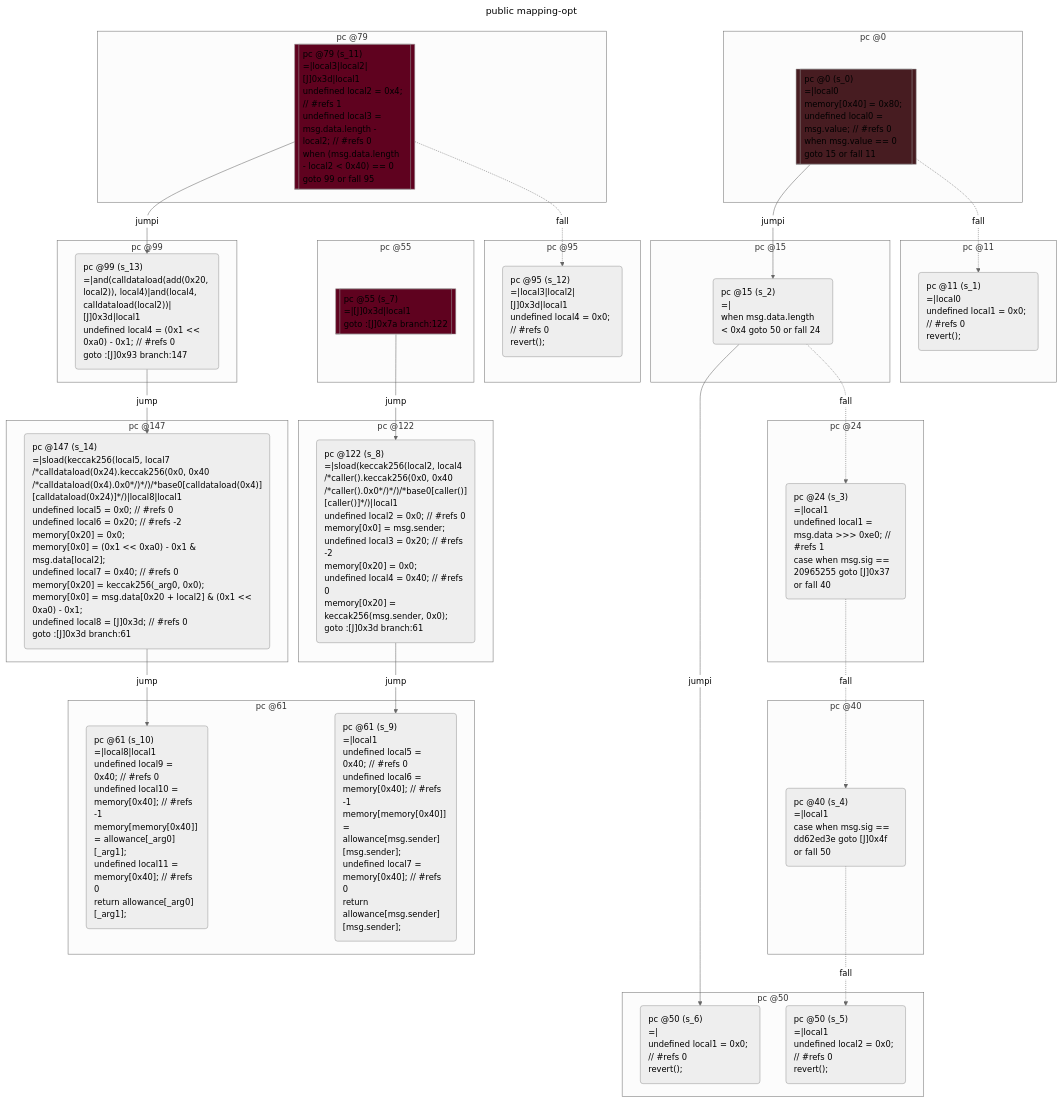
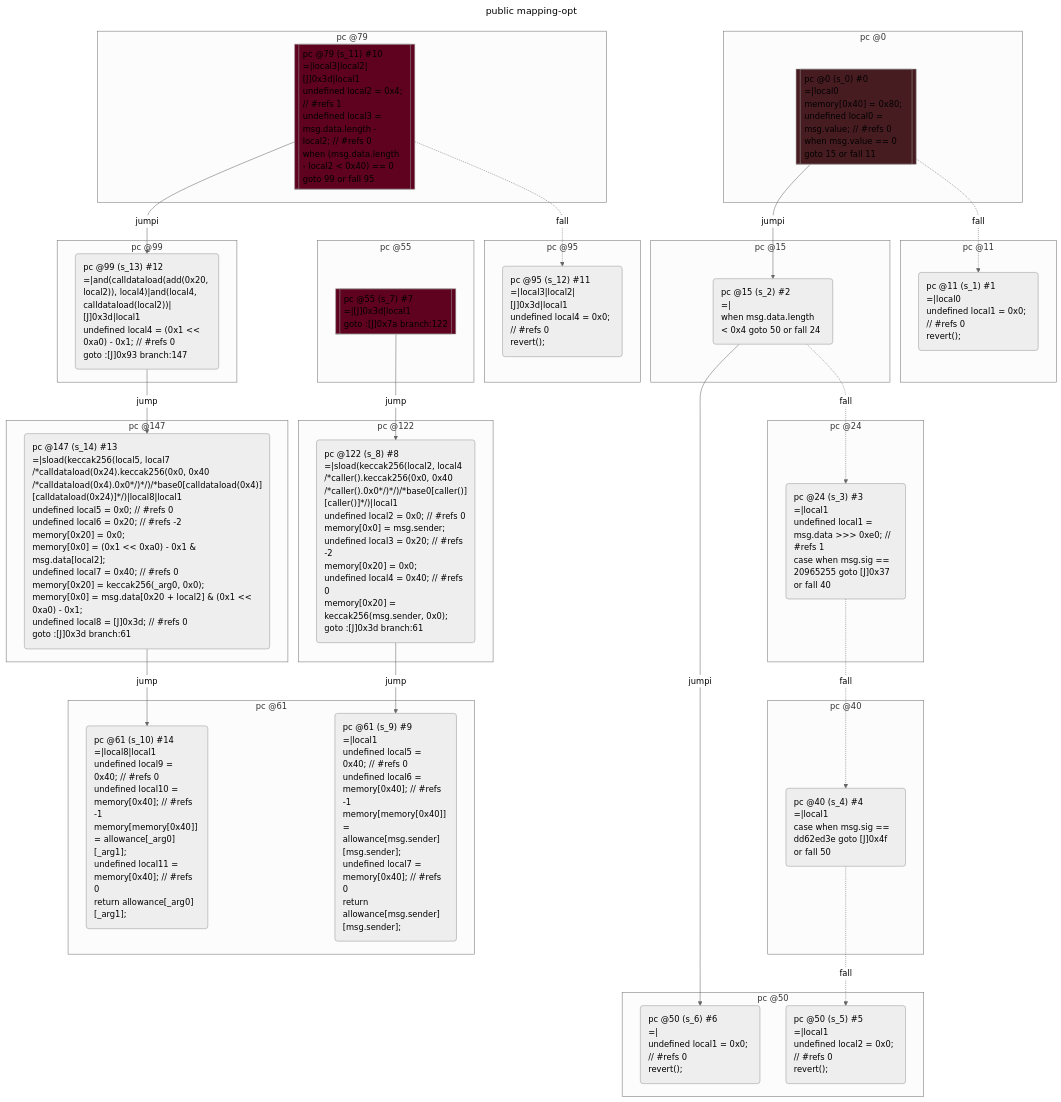
One commit to acuarica/evm changed the second of 2 diagrams in test/__snapshots__/contracts/mappings/public-mapping.snap.md. Above: the diagram before and after it, drawn with Mermaid (neutral theme). The commit also changed other lines of this file and 18 other files, not shown here.

```diff
--- a/test/__snapshots__/contracts/mappings/public-mapping.snap.md
+++ b/test/__snapshots__/contracts/mappings/public-mapping.snap.md
@@ -376,7 +376,7 @@
 flowchart TD
   classDef state text-align:left
   subgraph cluster_0 ["pc @0"]
-    s_0[["pc @0 (s_0)
+    s_0[["pc @0 (s_0) #0
 =|local0
 memory[0x40] = 0x80;
 undefined local0 = msg.value; // #refs 0
@@ -386,7 +386,7 @@
     style s_0 fill:#471C21
   end
   subgraph cluster_11 ["pc @11"]
-    s_1("pc @11 (s_1)
+    s_1("pc @11 (s_1) #1
 =|local0
 undefined local1 = 0x0; // #refs 0
 revert();
@@ -394,14 +394,14 @@
     class s_1 state
   end
   subgraph cluster_15 ["pc @15"]
-    s_2("pc @15 (s_2)
+    s_2("pc @15 (s_2) #2
 =|
 when msg.data.length < 0x4 goto 50 or fall 24
 ")
     class s_2 state
   end
   subgraph cluster_24 ["pc @24"]
-    s_3("pc @24 (s_3)
+    s_3("pc @24 (s_3) #3
 =|local1
 undefined local1 = msg.data >>> 0xe0; // #refs 1
 case when msg.sig == 20965255 goto [J]0x37 or fall 40
@@ -409,20 +409,20 @@
     class s_3 state
   end
   subgraph cluster_40 ["pc @40"]
-    s_4("pc @40 (s_4)
+    s_4("pc @40 (s_4) #4
 =|local1
 case when msg.sig == dd62ed3e goto [J]0x4f or fall 50
 ")
     class s_4 state
   end
   subgraph cluster_50 ["pc @50"]
-    s_5("pc @50 (s_5)
+    s_5("pc @50 (s_5) #5
 =|local1
 undefined local2 = 0x0; // #refs 0
 revert();
 ")
     class s_5 state
-    s_6("pc @50 (s_6)
+    s_6("pc @50 (s_6) #6
 =|
 undefined local1 = 0x0; // #refs 0
 revert();
@@ -430,7 +430,7 @@
     class s_6 state
   end
   subgraph cluster_55 ["pc @55"]
-    s_7[["pc @55 (s_7)
+    s_7[["pc @55 (s_7) #7
 =|[J]0x3d|local1
 goto :[J]0x7a branch:122
 "]]
@@ -438,7 +438,7 @@
     style s_7 fill:#5F021F
   end
   subgraph cluster_122 ["pc @122"]
-    s_8("pc @122 (s_8)
+    s_8("pc @122 (s_8) #8
 =|sload(keccak256(local2, local4 /*caller().keccak256(0x0, 0x40 /*caller().0x0*/)*/)/*base0[caller()][caller()]*/)|local1
 undefined local2 = 0x0; // #refs 0
 memory[0x0] = msg.sender;
@@ -451,7 +451,7 @@
     class s_8 state
   end
   subgraph cluster_61 ["pc @61"]
-    s_9("pc @61 (s_9)
+    s_9("pc @61 (s_9) #9
 =|local1
 undefined local5 = 0x40; // #refs 0
 undefined local6 = memory[0x40]; // #refs -1
@@ -460,7 +460,7 @@
 return allowance[msg.sender][msg.sender];
 ")
     class s_9 state
-    s_10("pc @61 (s_10)
+    s_10("pc @61 (s_10) #14
 =|local8|local1
 undefined local9 = 0x40; // #refs 0
 undefined local10 = memory[0x40]; // #refs -1
@@ -471,7 +471,7 @@
     class s_10 state
   end
   subgraph cluster_79 ["pc @79"]
-    s_11[["pc @79 (s_11)
+    s_11[["pc @79 (s_11) #10
 =|local3|local2|[J]0x3d|local1
 undefined local2 = 0x4; // #refs 1
 undefined local3 = msg.data.length - local2; // #refs 0
@@ -481,7 +481,7 @@
     style s_11 fill:#5F021F
   end
   subgraph cluster_95 ["pc @95"]
-    s_12("pc @95 (s_12)
+    s_12("pc @95 (s_12) #11
 =|local3|local2|[J]0x3d|local1
 undefined local4 = 0x0; // #refs 0
 revert();
@@ -489,7 +489,7 @@
     class s_12 state
   end
   subgraph cluster_99 ["pc @99"]
-    s_13("pc @99 (s_13)
+    s_13("pc @99 (s_13) #12
 =|and(calldataload(add(0x20, local2)), local4)|and(local4, calldataload(local2))|[J]0x3d|local1
 undefined local4 = (0x1 << 0xa0) - 0x1; // #refs 0
 goto :[J]0x93 branch:147
@@ -497,7 +497,7 @@
     class s_13 state
   end
   subgraph cluster_147 ["pc @147"]
-    s_14("pc @147 (s_14)
+    s_14("pc @147 (s_14) #13
 =|sload(keccak256(local5, local7 /*calldataload(0x24).keccak256(0x0, 0x40 /*calldataload(0x4).0x0*/)*/)/*base0[calldataload(0x4)][calldataload(0x24)]*/)|local8|local1
 undefined local5 = 0x0; // #refs 0
 undefined local6 = 0x20; // #refs -2
```
